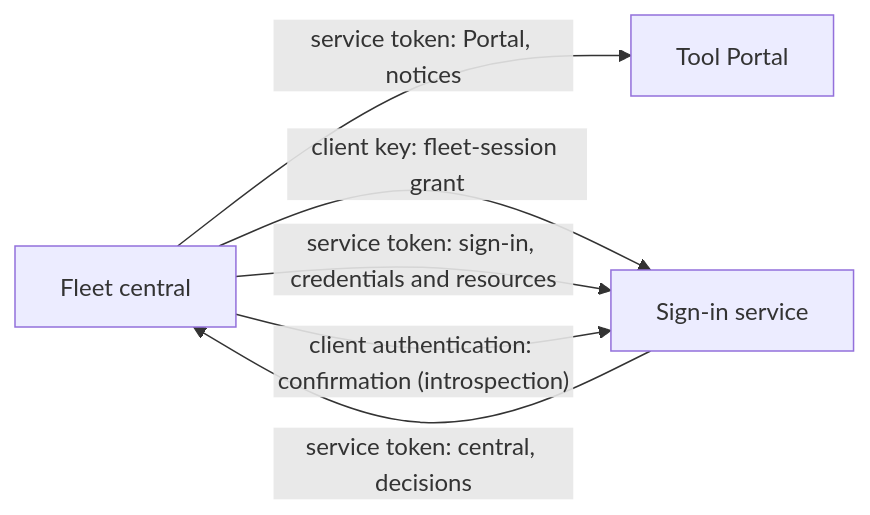
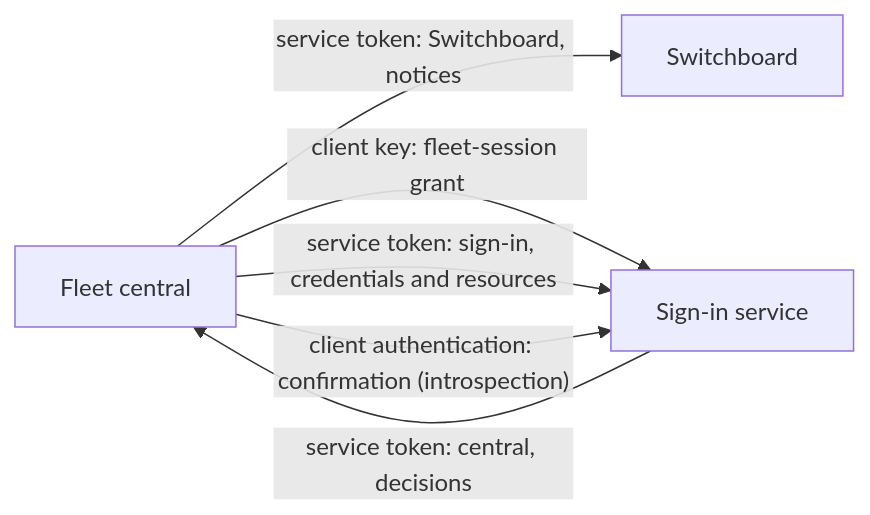
Before and after one commit to ShravanSunder/agent-vm: diagram 11 of 16 in docs/specs/2026-10-24-agent-identity/alternatives.md, drawn with Mermaid. The commit also changed other lines of this file and 61 other files, not shown here.

Commit message:
OD12 decided (owner, 2026-10-28): the Tool Portal is named Switchboard across the current design sets and pages; code spans, quotes and older documents unchanged; renamed heading anchors and an old remediation link repaired

````diff
--- a/docs/specs/2026-10-24-agent-identity/alternatives.md
+++ b/docs/specs/2026-10-24-agent-identity/alternatives.md
@@ -352,8 +352,8 @@
 ```mermaid
 flowchart LR
-  C["Fleet central"] -- "service token: Portal, notices" --> P["Tool Portal"]
+  C["Fleet central"] -- "service token: Switchboard, notices" --> P["Switchboard"]
   S["Sign-in service"] -- "service token: central, decisions" --> C
   C -- "client key: fleet-session grant" --> S
   C -- "service token: sign-in, credentials and resources" --> S
   C -- "client authentication: confirmation (introspection)" --> S
 ```
````
